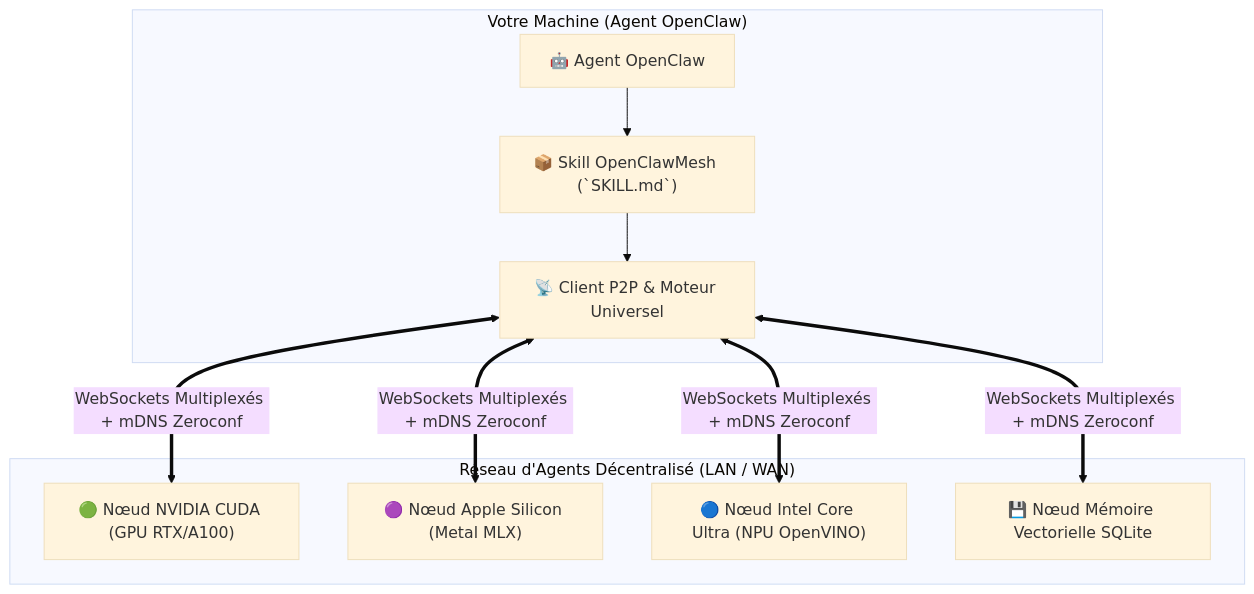
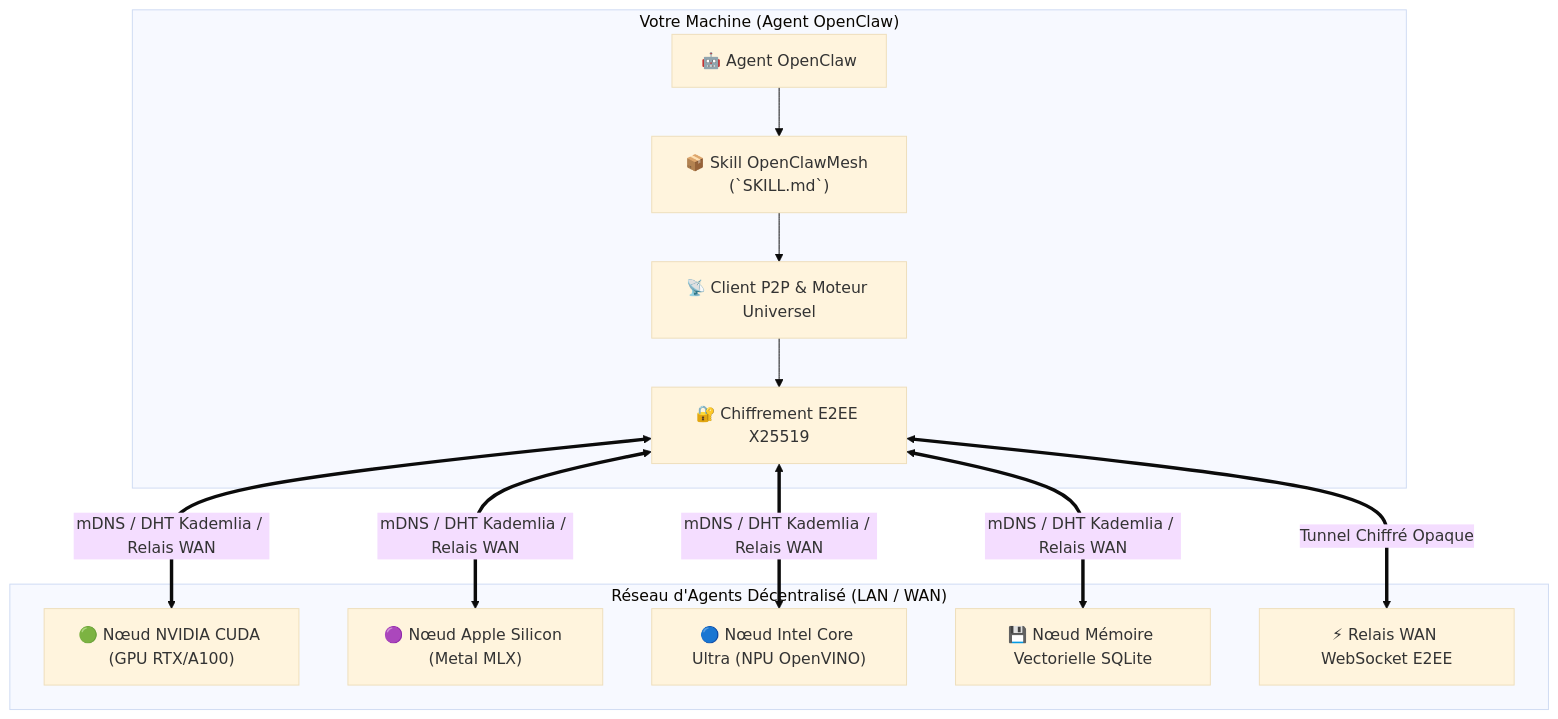
Before and after one commit to samajesteduroyaume/OpenClawMesh: the diagram in README.fr.md, drawn with Mermaid (base theme). The commit also changed other lines of this file and 20 other files, not shown here.

Commit message:
feat: implement advanced WAN networking (STUN NAT, WebSocket Relay, Kademlia DHT, E2EE ChaCha20-Poly1305) and advanced AI inference (Distributed MoE, VRAM auto-quantization, MultiModal Vision/Whisper)

````diff
--- a/README.fr.md
+++ b/README.fr.md
@@ -43,22 +50,26 @@
 ```mermaid
 graph TD
     subgraph "Votre Machine (Agent OpenClaw)"
         OC["🤖 Agent OpenClaw"]
         SKILL["📦 Skill OpenClawMesh (`SKILL.md`)"]
         Client["📡 Client P2P & Moteur Universel"]
+        E2EE["🔐 Chiffrement E2EE X25519"]
         OC --> SKILL
         SKILL --> Client
+        Client --> E2EE
     end
 
     subgraph "Réseau d'Agents Décentralisé (LAN / WAN)"
         Node1["🟢 Nœud NVIDIA CUDA (GPU RTX/A100)"]
         Node2["🟣 Nœud Apple Silicon (Metal MLX)"]
         Node3["🔵 Nœud Intel Core Ultra (NPU OpenVINO)"]
         Node4["💾 Nœud Mémoire Vectorielle SQLite"]
+        Relay["⚡ Relais WAN WebSocket E2EE"]
     end
 
-    Client <== "WebSockets Multiplexés + mDNS Zeroconf" ==> Node1
-    Client <== "WebSockets Multiplexés + mDNS Zeroconf" ==> Node2
-    Client <== "WebSockets Multiplexés + mDNS Zeroconf" ==> Node3
-    Client <== "WebSockets Multiplexés + mDNS Zeroconf" ==> Node4
+    E2EE <== "mDNS / DHT Kademlia / Relais WAN" ==> Node1
+    E2EE <== "mDNS / DHT Kademlia / Relais WAN" ==> Node2
+    E2EE <== "mDNS / DHT Kademlia / Relais WAN" ==> Node3
+    E2EE <== "mDNS / DHT Kademlia / Relais WAN" ==> Node4
+    E2EE <== "Tunnel Chiffré Opaque" ==> Relay
 ```
````
